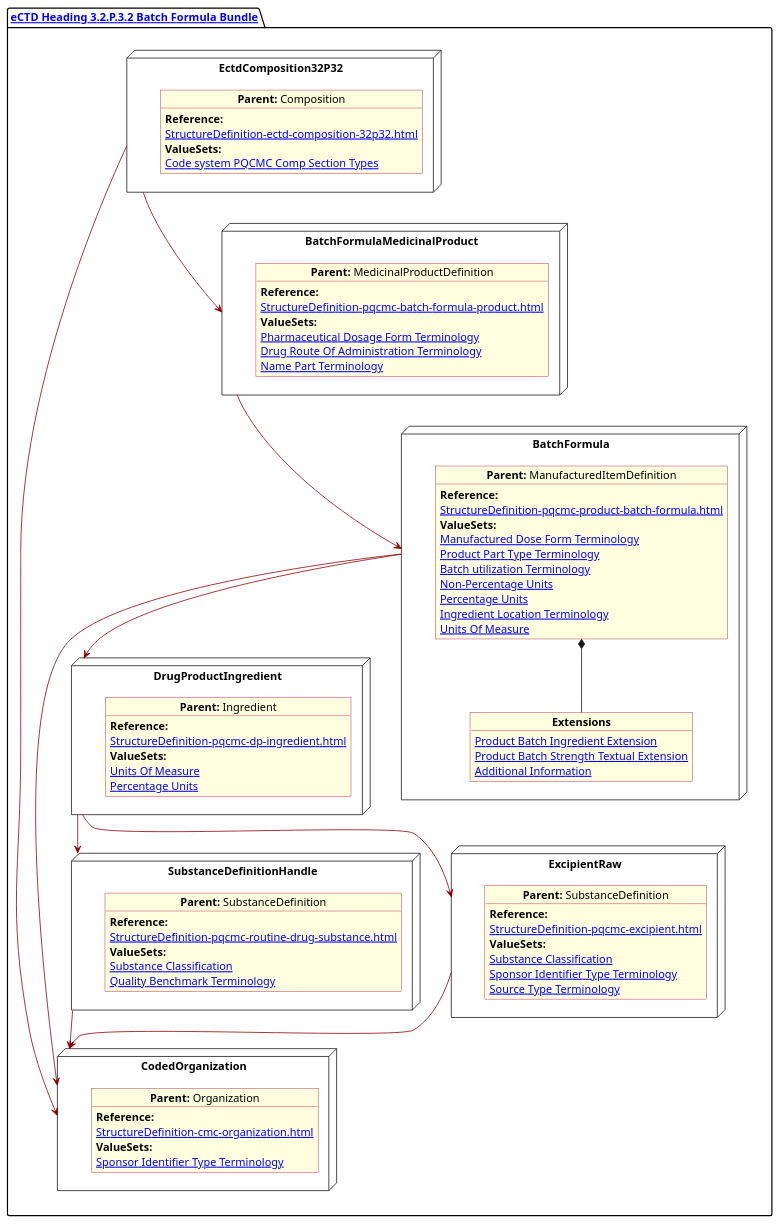
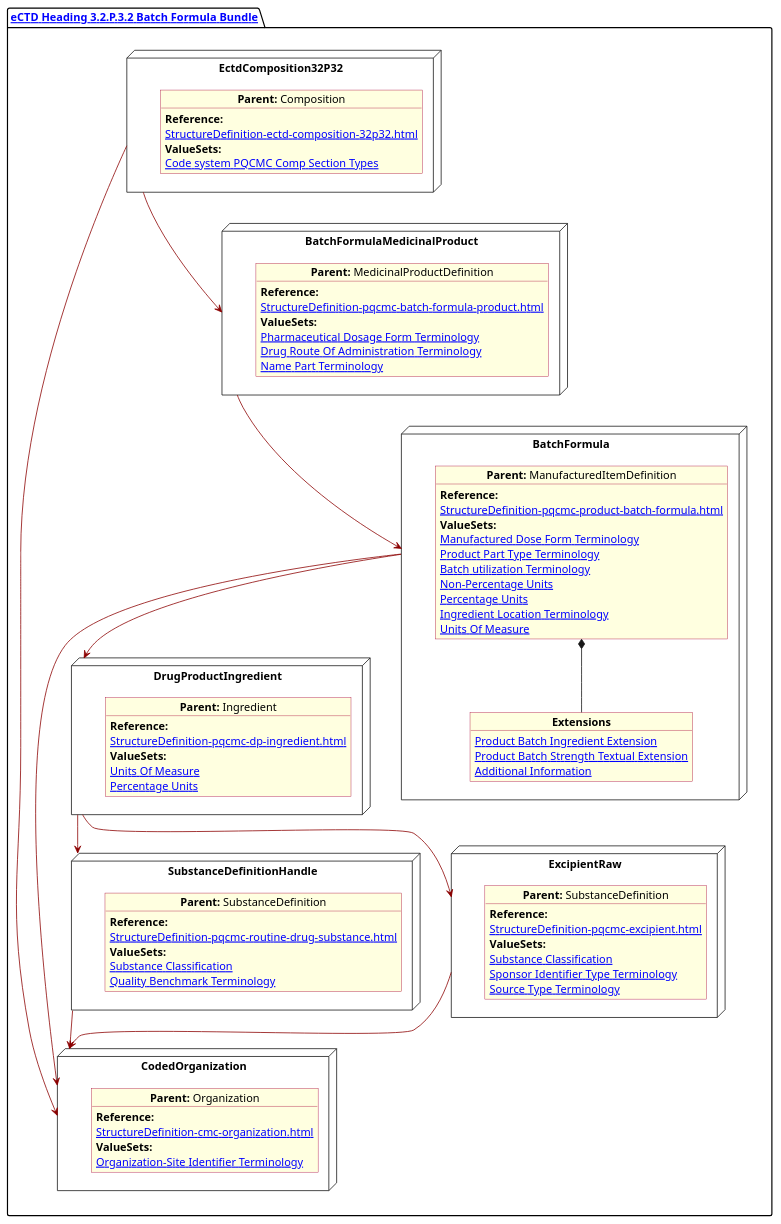
The diagram in input/images-source/BatchForm.plantuml (HL7/FHIR-us-pq-cmc-fda), drawn with PlantUML before and after one commit. The commit also changed 7 other files, not shown here.

Commit message:
organization in diagrams updated

```diff
--- a/input/images-source/BatchForm.plantuml
+++ b/input/images-source/BatchForm.plantuml
@@ -1,116 +1,116 @@
 @startuml BatchForm
 allowmixing
 'Mixed model of use case and object
 skinparam svgDimensionStyle false
 skinparam ObjectBackgroundColor LightYellow
 skinparam ObjectBorderColor #A80036
 skinparam activityDiamondBorderColor #A80036
 skinparam activityDiamondBackgroundColor lawnGreen
 skinparam ClassBorderThickness 4
 
 package "[[StructureDefinition-cmc-ectd-document-32p32.html eCTD Heading 3.2.P.3.2 Batch Formula Bundle]]" as NODES {
 
 
   node "EctdComposition32P32" as N1 {
 
     object "**Parent:** Composition" as obj1 {
       **Reference:**
       [[StructureDefinition-ectd-composition-32p32.html]]
       **ValueSets:**
       [[ValueSet-cmc-comp-section-types-vs.html Code system PQCMC Comp Section Types]]
     }
 
   }
   node "CodedOrganization" as NSO {
 
     object "**Parent:** Organization" as objAu {
       **Reference:**
       [[StructureDefinition-cmc-organization.html]]
       **ValueSets:**
-      [[ValueSet-pqcmc-org-identifier-type-terminology.html Sponsor Identifier Type Terminology]]
+      [[ValueSet-pqcmc-org-identifier-type-terminology.html Organization-Site Identifier Terminology]]
     }
   }
 
   node "DrugProductIngredient" as NNgred {
 
     object "**Parent:** Ingredient" as obj10 {
       **Reference:**
       [[StructureDefinition-pqcmc-dp-ingredient.html]]
       **ValueSets:**
       [[ValueSet-pqcmc-units-of-measure.html Units Of Measure]]
       [[ValueSet-pqcmc-org-identifier-type-terminology.html Percentage Units]]
     }
   }
 
   node "SubstanceDefinitionHandle" as NNS {
 
     object "**Parent:** SubstanceDefinition" as obj4 {
       **Reference:**
       [[StructureDefinition-pqcmc-routine-drug-substance.html]]
       **ValueSets:**
       [[ValueSet-substance-classification.html Substance Classification]]
       [[ValueSet-pqcmc-quality-benchmark-terminology.html Quality Benchmark Terminology]]
     }
 
   }
 
   node "ExcipientRaw" as NNSEx {
 
     object "**Parent:** SubstanceDefinition" as obj42 {
       **Reference:**
       [[StructureDefinition-pqcmc-excipient.html]]
       **ValueSets:**
       [[ValueSet-substance-classification.html Substance Classification]]
       [[ValueSet-pqcmc-org-identifier-type-terminology.html Sponsor Identifier Type Terminology]]
       [[ValueSet-pqcmc-source-type-terminology.html Source Type Terminology]]
     }
 
   }
 
   node "BatchFormulaMedicinalProduct" as NN2 {
 
     object "**Parent:** MedicinalProductDefinition" as obj32 {
       **Reference:**
       [[StructureDefinition-pqcmc-batch-formula-product.html]]
       **ValueSets:**
       [[ValueSet-spl-pharmaceutical-dosage-form-terminology.html Pharmaceutical Dosage Form Terminology]]
       [[ValueSet-spl-drug-route-of-administration-terminology.html Drug Route Of Administration Terminology]]
       [[ValueSet-pqcmc-name-part-terminology.html Name Part Terminology]]
     }
   }
 
   node "BatchFormula" as NN {
 
     object "**Parent:** ManufacturedItemDefinition" as obj3 {
       **Reference:**
       [[StructureDefinition-pqcmc-product-batch-formula.html]]
       **ValueSets:**
       [[ValueSet-pqcmc-manufactured-dose-form-terminology.html Manufactured Dose Form Terminology]]
       [[ValueSet-pqcmc-product-part-type.html Product Part Type Terminology]]
       [[ValueSet-pqcmc-batch-utilization-terminology.html Batch utilization Terminology]]
       [[ValueSet-pqcmc-non-percentage-units.html Non-Percentage Units]]
       [[ValueSet-pqcmc-percentage-units.html Percentage Units]]
       [[ValueSet-pqcmc-product-part-ingredient-physical-location.html Ingredient Location Terminology]]
       [[ValueSet-pqcmc-units-of-measure.html Units Of Measure]]
 
     }
 
     object "**Extensions**" as objExs2 {
       [[StructureDefinition-pq-product-batch-ingredient-extension.html Product Batch Ingredient Extension]]
       [[StructureDefinition-pq-product-batch-strength-textual-extension.html Product Batch Strength Textual Extension]]
       [[StructureDefinition-pq-additional-info-extension.html Additional Information]]
     }
 
     obj3 *-- objExs2
   }
   N1 -[#darkred]--> NSO
   N1 -[#darkred]-> NN2
   NNS -[#darkred]-> NSO
   NN -[#darkred]-> NSO
   NN -[#darkred]-> NNgred
   NN2 -[#darkred]-> NN
   NNgred -[#darkred]-> NNS
   NNgred -[#darkred]->NNSEx
   NNSEx -[#darkred]-> NSO
 }
 @enduml
```
